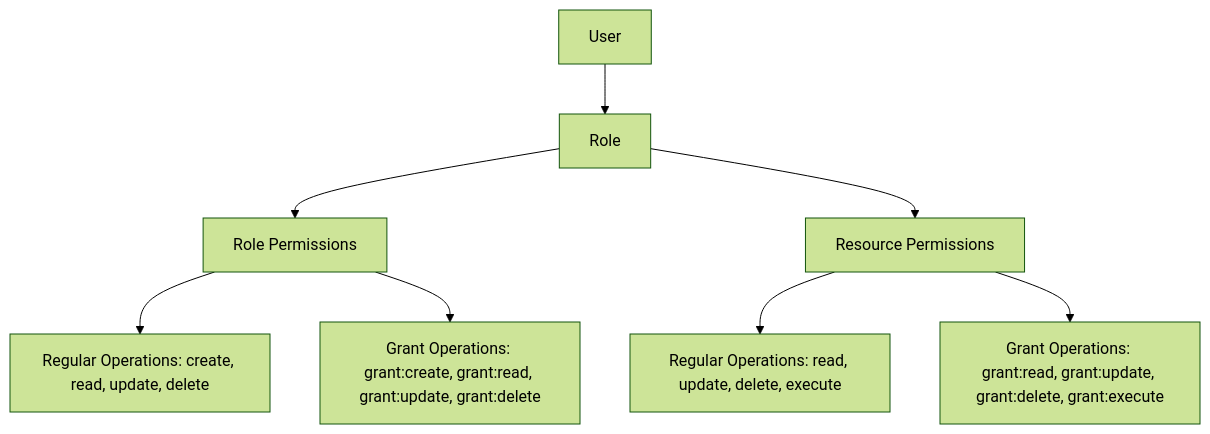
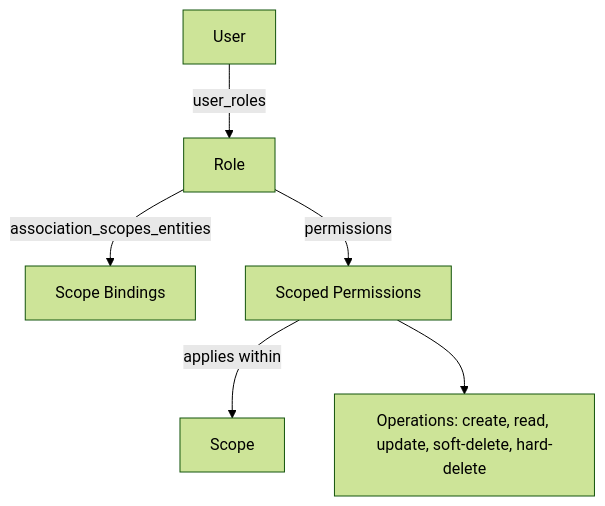
Before and after one commit to lablup/backend.ai: the diagram in proposals/BEP-1008-RBAC.md, drawn with Mermaid (forest theme). The commit also changed other lines of this file and 6 other files, not shown here.

Commit message:
docs(BA-5677): redesign RBAC role-scope binding and deprecate global scope (#10977)

````diff
--- a/proposals/BEP-1008-RBAC.md
+++ b/proposals/BEP-1008-RBAC.md
@@ -26,10 +26,8 @@
 ```mermaid
 graph TD
-    A[User] --> B[Role]
-    B --> C[Role Permissions]
-    B --> D[Resource Permissions]
-    C --> E[Regular Operations: create, read, update, delete]
-    C --> F[Grant Operations: grant:create, grant:read, grant:update, grant:delete]
-    D --> G[Regular Operations: read, update, delete, execute]
-    D --> H[Grant Operations: grant:read, grant:update, grant:delete, grant:execute]
+    A[User] -->|user_roles| B[Role]
+    B -->|association_scopes_entities| S[Scope Bindings]
+    B -->|permissions| C[Scoped Permissions]
+    C -->|applies within| Scope
+    C --> E[Operations: create, read, update, soft-delete, hard-delete]
 ```
````
